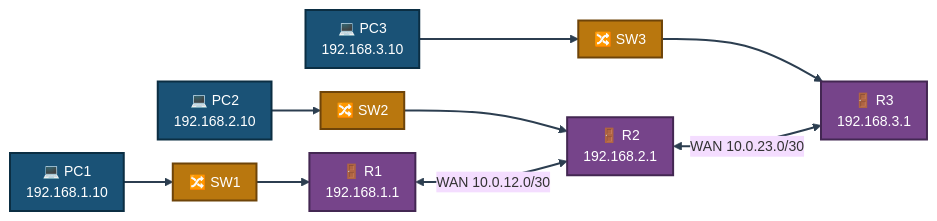
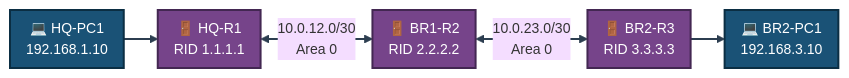
Before and after one commit to malaika-azhar/Cisco-Networking-Lab-Portfolio: the first of 2 diagrams in 01-Networking/05-Routing-protocols-ospf-eigrp-rip-static/README.md, drawn with Mermaid. The commit also changed other lines of this file, not shown here.

````diff
--- a/01-Networking/05-Routing-protocols-ospf-eigrp-rip-static/README.md
+++ b/01-Networking/05-Routing-protocols-ospf-eigrp-rip-static/README.md
@@ -136,13 +119,11 @@
 ```mermaid
 %%{init: {'theme': 'base', 'themeVariables': {'fontSize': '14px'}, 'flowchart': {'nodeSpacing': 24, 'rankSpacing': 34, 'padding': 8}}}%%
 flowchart LR
-    PC1["💻 PC1<br/>192.168.1.10"]:::pc --> SW1["🔀 SW1"]:::sw --> R1["🚪 R1<br/>192.168.1.1"]:::r
-    PC2["💻 PC2<br/>192.168.2.10"]:::pc --> SW2["🔀 SW2"]:::sw --> R2["🚪 R2<br/>192.168.2.1"]:::r
-    PC3["💻 PC3<br/>192.168.3.10"]:::pc --> SW3["🔀 SW3"]:::sw --> R3["🚪 R3<br/>192.168.3.1"]:::r
-    R1 <-->|"WAN 10.0.12.0/30"| R2
-    R2 <-->|"WAN 10.0.23.0/30"| R3
+    PC1["💻 HQ-PC1<br/>192.168.1.10"]:::pc --> R1["🚪 HQ-R1<br/>RID 1.1.1.1"]:::r
+    R1 <-->|"10.0.12.0/30<br/>Area 0"| R2["🚪 BR1-R2<br/>RID 2.2.2.2"]:::r
+    R2 <-->|"10.0.23.0/30<br/>Area 0"| R3["🚪 BR2-R3<br/>RID 3.3.3.3"]:::r
+    R3 --> PC2["💻 BR2-PC1<br/>192.168.3.10"]:::pc
     classDef pc fill:#1A5276,stroke:#0B2E43,stroke-width:2px,color:#FFFFFF
-    classDef sw fill:#B9770E,stroke:#6E4409,stroke-width:2px,color:#FFFFFF
     classDef r fill:#76448A,stroke:#432752,stroke-width:2px,color:#FFFFFF
     linkStyle default stroke:#2C3E50,stroke-width:2px
 ```
````
